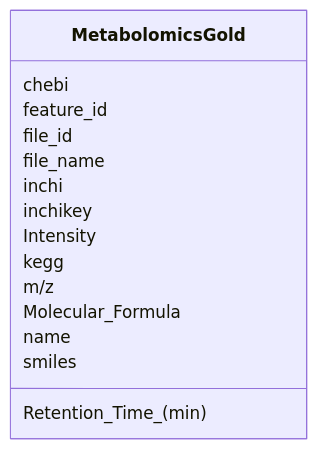
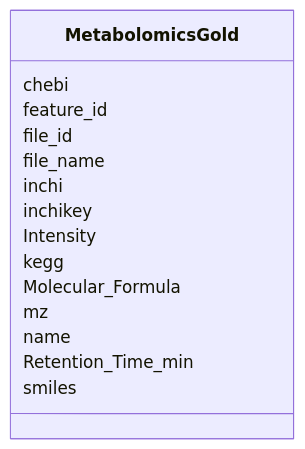
One commit to cmungall/bridge-schemas changed the diagram in docs/kbase/nmdc_core/MetabolomicsGold.md. Above: the diagram before and after it, drawn with Mermaid. The commit also changed other lines of this file and 1727 other files, not shown here.

````diff
--- a/docs/kbase/nmdc_core/MetabolomicsGold.md
+++ b/docs/kbase/nmdc_core/MetabolomicsGold.md
@@ -18,32 +24,32 @@
 ```mermaid
  classDiagram
     class MetabolomicsGold
     click MetabolomicsGold href "../MetabolomicsGold/"
       MetabolomicsGold : chebi
         
       MetabolomicsGold : feature_id
         
       MetabolomicsGold : file_id
         
       MetabolomicsGold : file_name
         
       MetabolomicsGold : inchi
         
       MetabolomicsGold : inchikey
         
       MetabolomicsGold : Intensity
         
       MetabolomicsGold : kegg
         
-      MetabolomicsGold : m/z
+      MetabolomicsGold : Molecular_Formula
         
-      MetabolomicsGold : Molecular_Formula
+      MetabolomicsGold : mz
         
       MetabolomicsGold : name
         
-      MetabolomicsGold : Retention_Time_(min)
+      MetabolomicsGold : Retention_Time_min
         
       MetabolomicsGold : smiles
         
       
 ```
````
